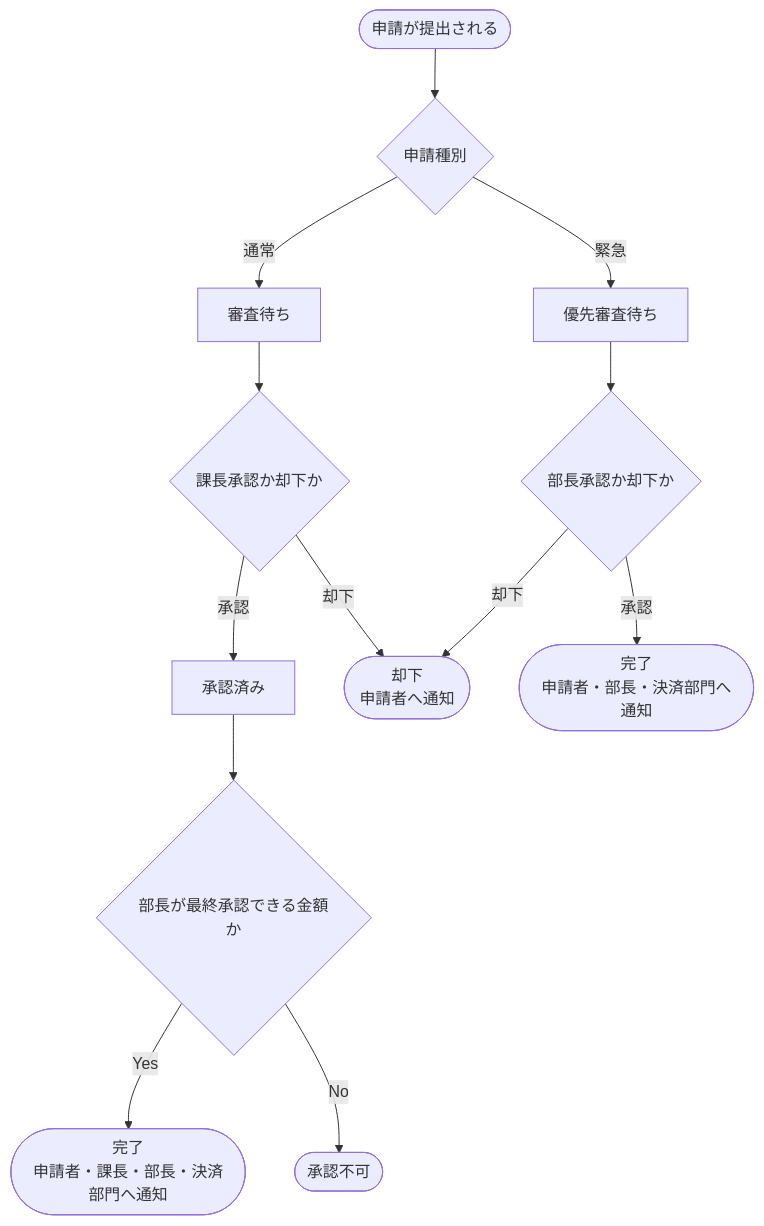
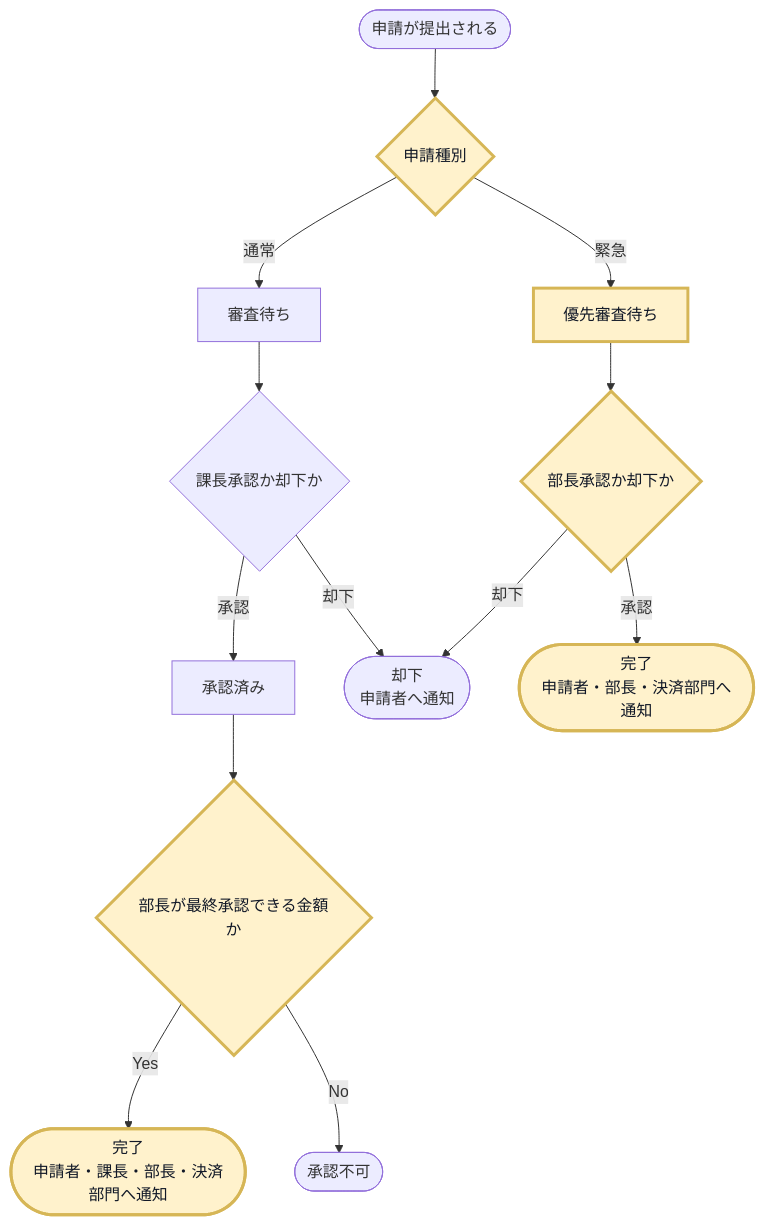
Before and after one commit to kumachan1101-pixel/DesignPattern: the sixth of 24 diagrams in kindle/design-patterns/output/chapter12.md, drawn with Mermaid. The commit also changed other lines of this file and 23 other files, not shown here.

````diff
--- a/kindle/design-patterns/output/chapter12.md
+++ b/kindle/design-patterns/output/chapter12.md
@@ -689,15 +698,17 @@
 ```mermaid
 flowchart TD
+    classDef changed fill:#fff2cc,stroke:#d6b656,stroke-width:3px,color:#111827;
     A([申請が提出される]) --> B{申請種別}
     B -->|通常| C[審査待ち]
     B -->|緊急| D[優先審査待ち]
     C --> E{課長承認か却下か}
     E -->|承認| F[承認済み]
     E -->|却下| G([却下<br>申請者へ通知])
     D --> H{部長承認か却下か}
     H -->|承認| I([完了<br>申請者・部長・決済部門へ通知])
     H -->|却下| G
     F --> J{部長が最終承認できる金額か}
     J -->|Yes| K([完了<br>申請者・課長・部長・決済部門へ通知])
     J -->|No| L([承認不可])
+    class B,D,H,I,J,K changed;
 ```
````
